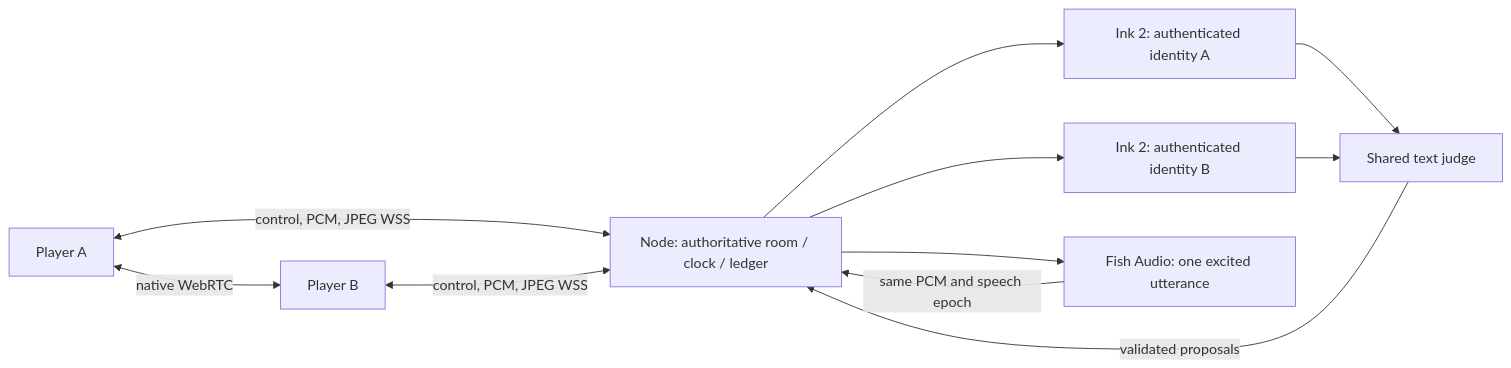
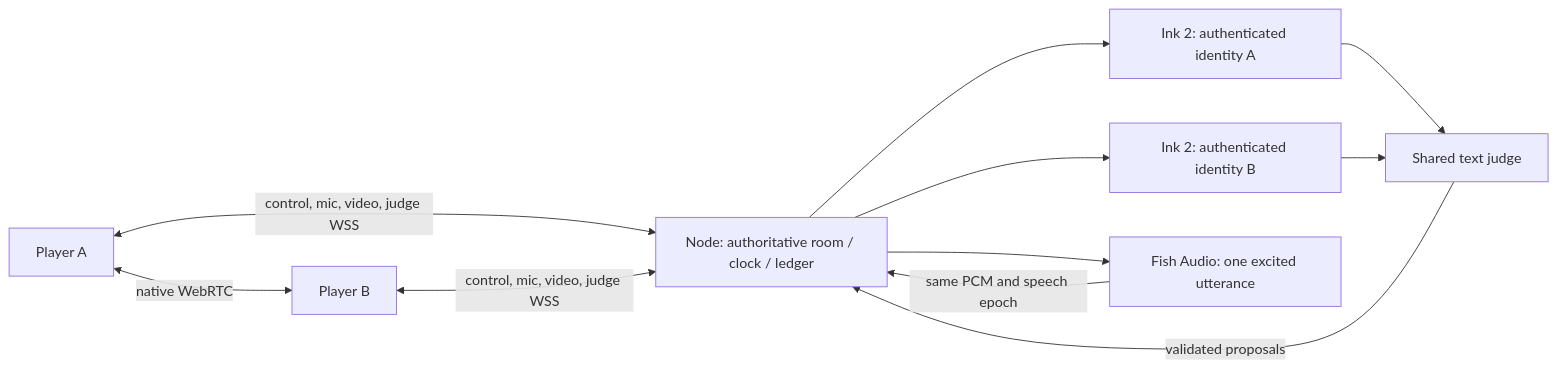
Before and after one commit to arazfar/hear_me_out: the diagram in README.md, drawn with Mermaid. The commit also changed other lines of this file and 88 other files, not shown here.

````diff
--- a/README.md
+++ b/README.md
@@ -67,13 +69,13 @@
 ```mermaid
 flowchart LR
   A[Player A] <-->|native WebRTC| B[Player B]
-  A <-->|control, PCM, JPEG WSS| N[Node: authoritative room / clock / ledger]
-  B <-->|control, PCM, JPEG WSS| N
+  A <-->|control, mic, video, judge WSS| N[Node: authoritative room / clock / ledger]
+  B <-->|control, mic, video, judge WSS| N
   N --> IA[Ink 2: authenticated identity A]
   N --> IB[Ink 2: authenticated identity B]
   IA --> J[Shared text judge]
   IB --> J
   J -->|validated proposals| N
   N --> T[Fish Audio: one excited utterance]
   T -->|same PCM and speech epoch| N
 ```
````
